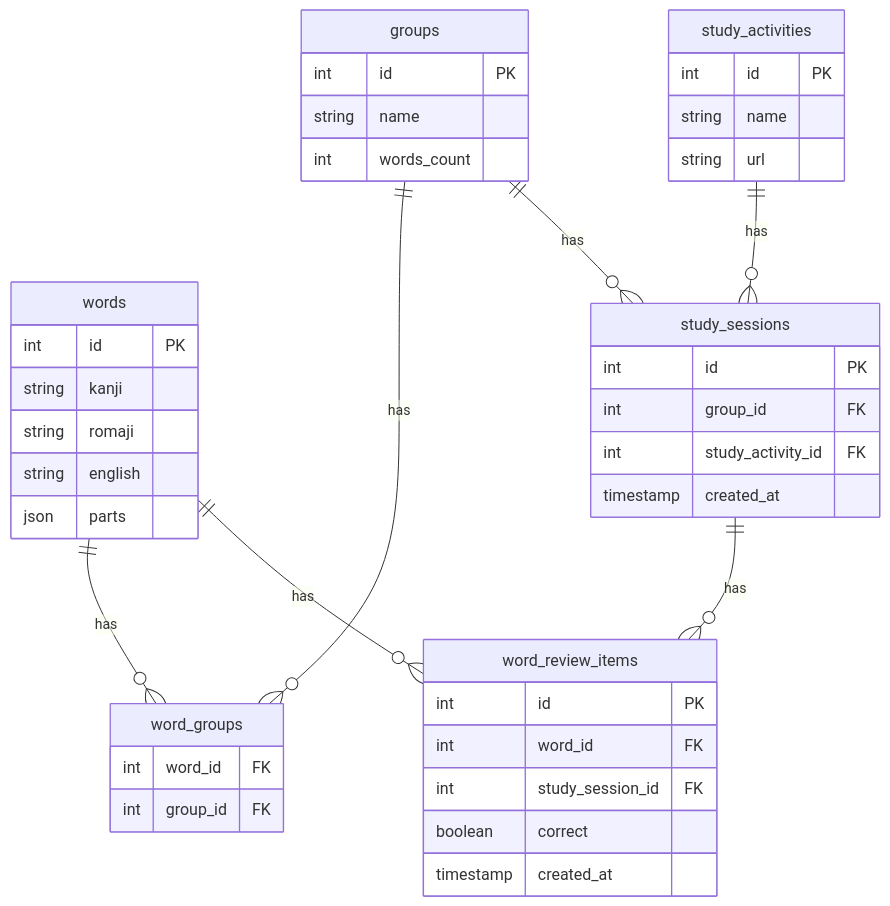
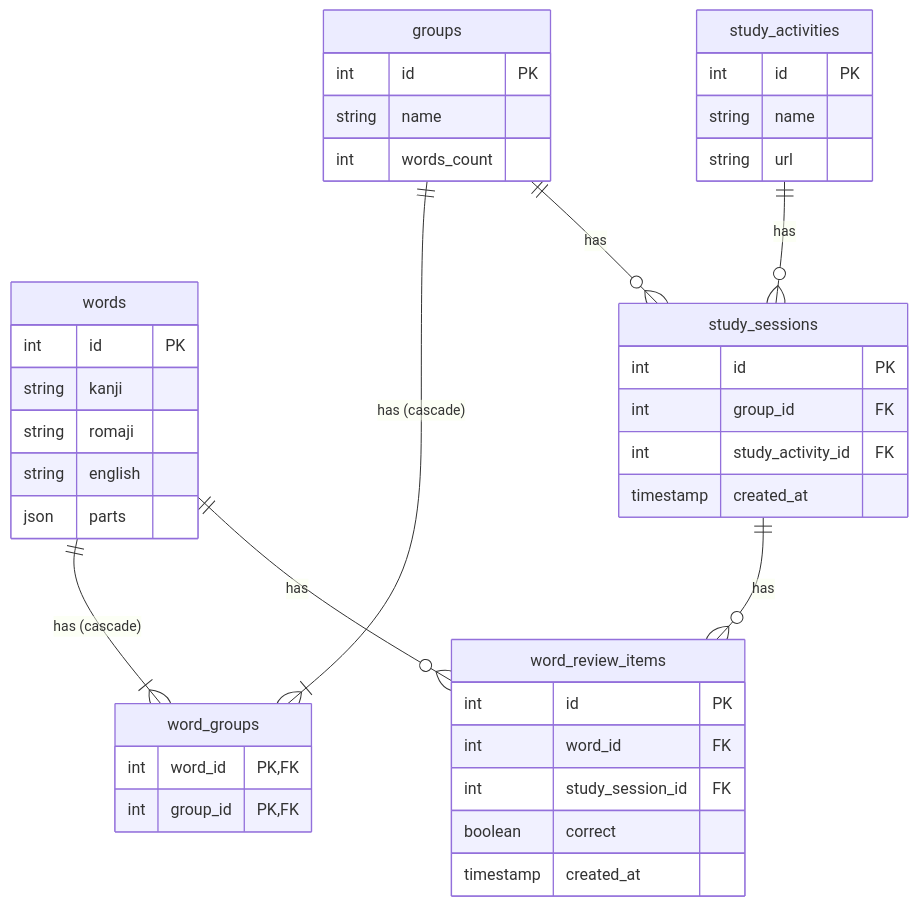
The diagram in lang-portal/Backend-Technical-Spec.md (rcgray/free-genai-bootcamp-2025), drawn with Mermaid before and after one commit. The commit also changed other lines of this file and 16 other files, not shown here.

````diff
--- a/lang-portal/Backend-Technical-Spec.md
+++ b/lang-portal/Backend-Technical-Spec.md
@@ -245,49 +369,49 @@
 ```mermaid
 erDiagram
     groups {
         int id PK
         string name
         int words_count
     }
     
     words {
         int id PK
         string kanji
         string romaji
         string english
         json parts
     }
     
     word_groups {
-        int word_id FK
-        int group_id FK
+        int word_id PK,FK
+        int group_id PK,FK
     }
     
     study_activities {
         int id PK
         string name
         string url
     }
     
     study_sessions {
         int id PK
         int group_id FK
         int study_activity_id FK
         timestamp created_at
     }
     
     word_review_items {
         int id PK
         int word_id FK
         int study_session_id FK
         boolean correct
         timestamp created_at
     }
     
-    words ||--o{ word_groups : has
-    groups ||--o{ word_groups : has
+    words ||--|{ word_groups : "has (cascade)"
+    groups ||--|{ word_groups : "has (cascade)"
     groups ||--o{ study_sessions : has
     study_activities ||--o{ study_sessions : has
     study_sessions ||--o{ word_review_items : has
     words ||--o{ word_review_items : has
 ```
````
